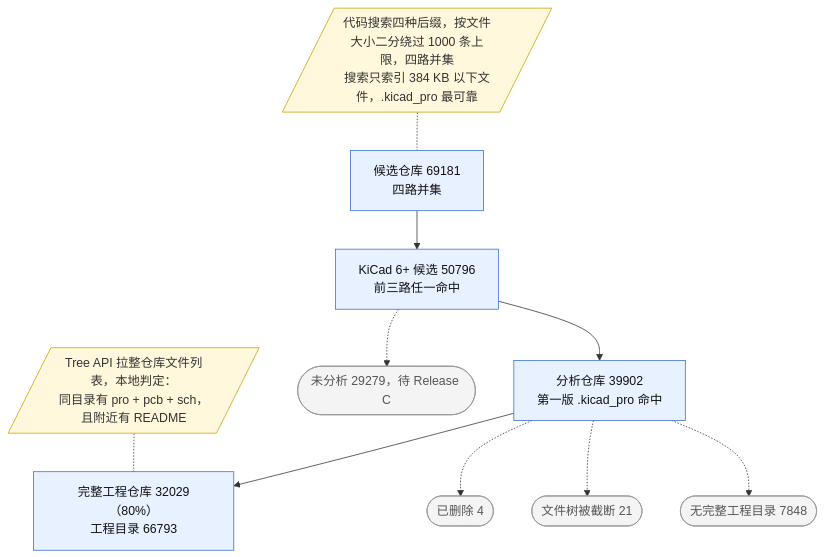
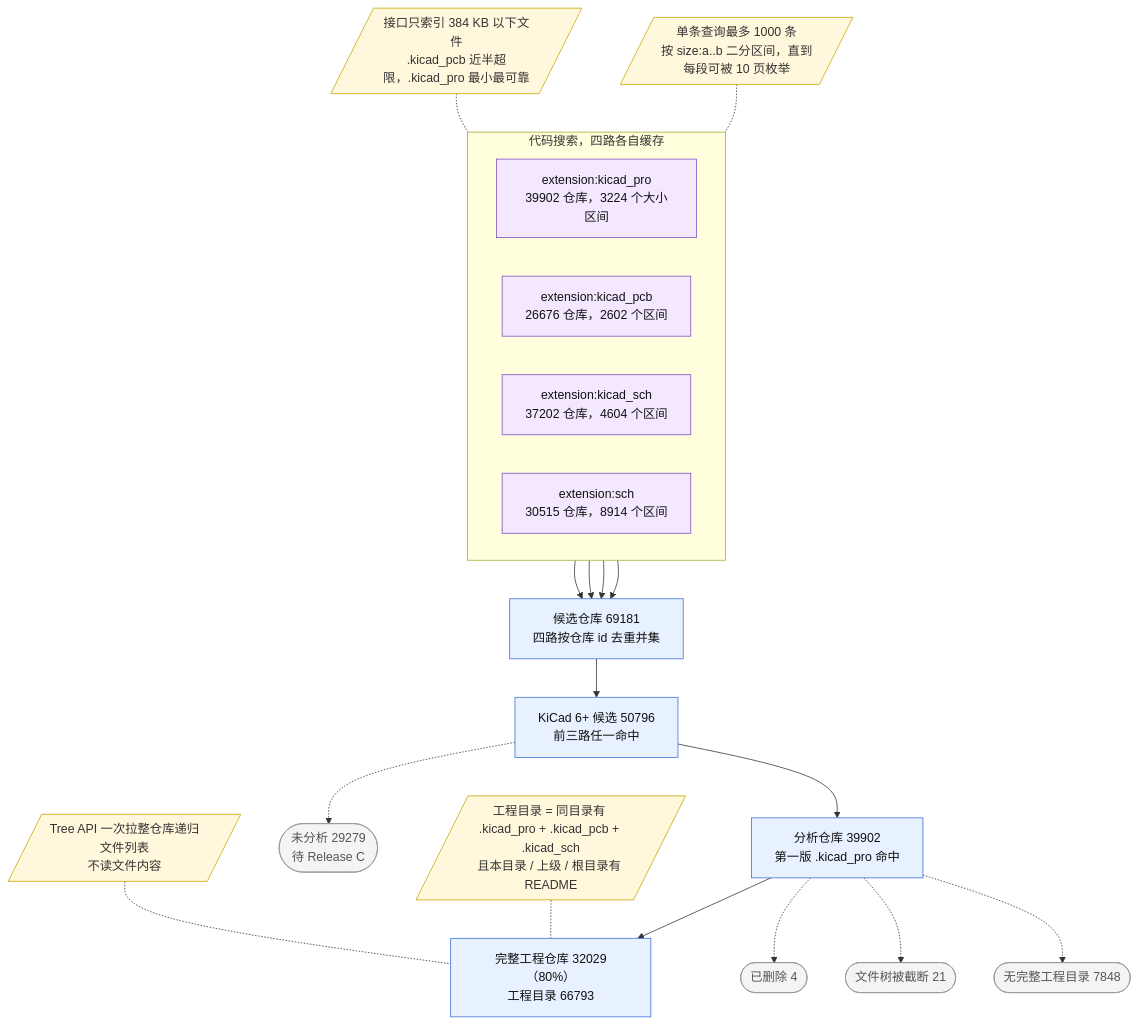
Before and after one commit to Xiafyjck/github_kicad_project_scout: the second of 5 diagrams in reports/progress_report.md, drawn with Mermaid. The commit also changed other lines of this file, not shown here.

Commit message:
reports: diagrams use one box per suffix / source / rule, text-filter exits split by sub-reason

````diff
--- a/reports/progress_report.md
+++ b/reports/progress_report.md
@@ -133,26 +133,43 @@
 ```mermaid
 flowchart TB
     classDef note fill:#fff8dc,stroke:#c9a400,color:#333
     classDef exit fill:#f4f4f4,stroke:#999,color:#555
     classDef keep fill:#e8f1ff,stroke:#3b6fd6,color:#111
+    classDef src fill:#f3e8ff,stroke:#7c4dbd,color:#111
 
-    N1[/"代码搜索四种后缀，按文件大小二分绕过 1000 条上限，四路并集<br/>搜索只索引 384 KB 以下文件，.kicad_pro 最可靠"/]:::note
-    C[候选仓库 69181<br/>四路并集]:::keep
+    subgraph S[代码搜索，四路各自缓存]
+        direction LR
+        K1[extension:kicad_pro<br/>39902 仓库，3224 个大小区间]:::src
+        K2[extension:kicad_pcb<br/>26676 仓库，2602 个区间]:::src
+        K3[extension:kicad_sch<br/>37202 仓库，4604 个区间]:::src
+        K4[extension:sch<br/>30515 仓库，8914 个区间]:::src
+    end
+    L1[/"接口只索引 384 KB 以下文件<br/>.kicad_pcb 近半超限，.kicad_pro 最小最可靠"/]:::note
+    L2[/"单条查询最多 1000 条<br/>按 size:a..b 二分区间，直到每段可被 10 页枚举"/]:::note
+    L1 -.- S
+    L2 -.- S
+
+    C[候选仓库 69181<br/>四路按仓库 id 去重并集]:::keep
     C6[KiCad 6+ 候选 50796<br/>前三路任一命中]:::keep
     A[分析仓库 39902<br/>第一版 .kicad_pro 命中]:::keep
-    CX([未分析 29279，待 Release C]):::exit
-    N2[/"Tree API 拉整仓库文件列表，本地判定：<br/>同目录有 pro + pcb + sch，且附近有 README"/]:::note
+    CX([未分析 29279<br/>待 Release C]):::exit
+    K1 --> C
+    K2 --> C
+    K3 --> C
+    K4 --> C
+    C --> C6 --> A
+    C6 -.-> CX
+
+    T[/"Tree API 一次拉整仓库递归文件列表<br/>不读文件内容"/]:::note
+    R[/"工程目录 = 同目录有 .kicad_pro + .kicad_pcb + .kicad_sch<br/>且本目录 / 上级 / 根目录有 README"/]:::note
     Q[完整工程仓库 32029（80%）<br/>工程目录 66793]:::keep
     AX1([已删除 4]):::exit
     AX2([文件树被截断 21]):::exit
     AX3([无完整工程目录 7848]):::exit
-
-    N1 -.- C
-    C --> C6 --> A
-    C6 -.-> CX
-    N2 -.- Q
+    T -.- Q
+    R -.- Q
     A --> Q
     A -.-> AX1
     A -.-> AX2
     A -.-> AX3
 ```
````
